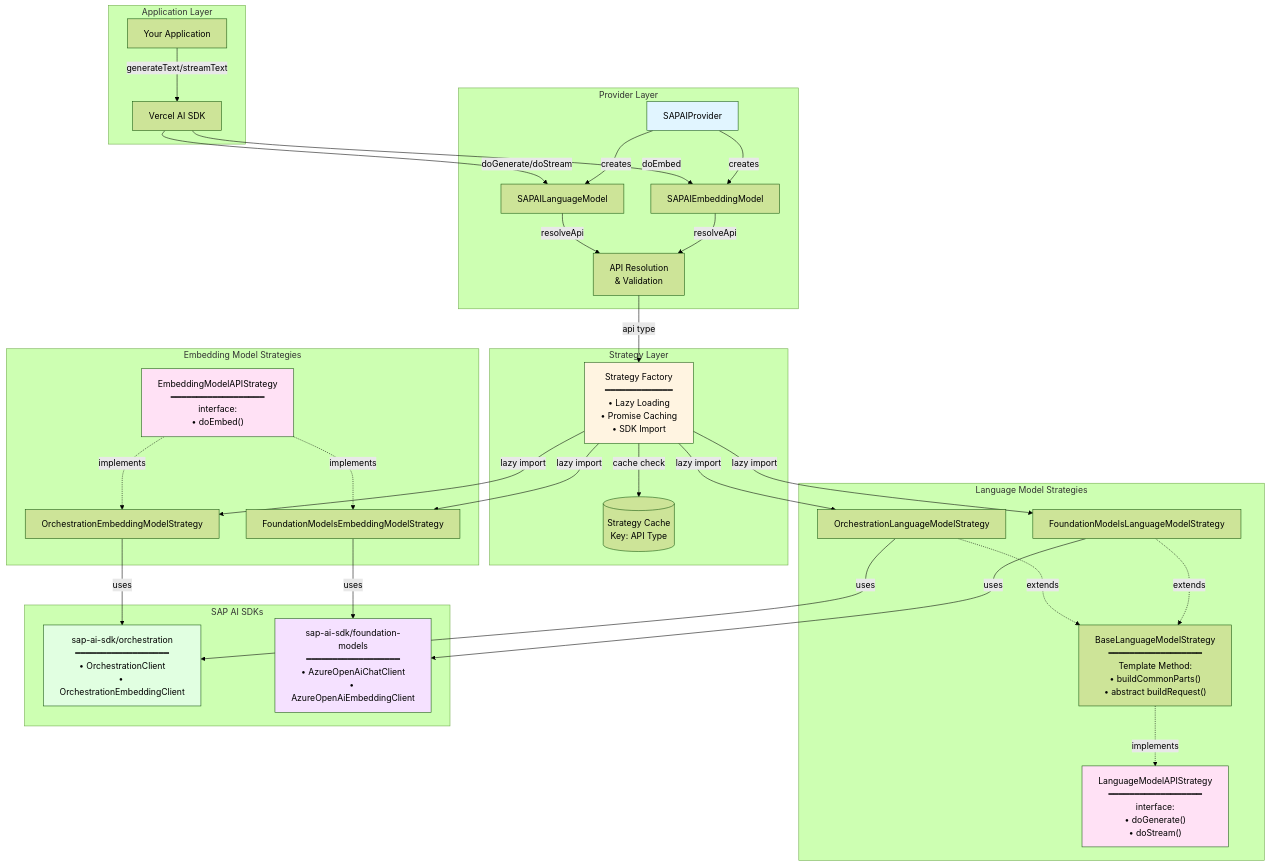
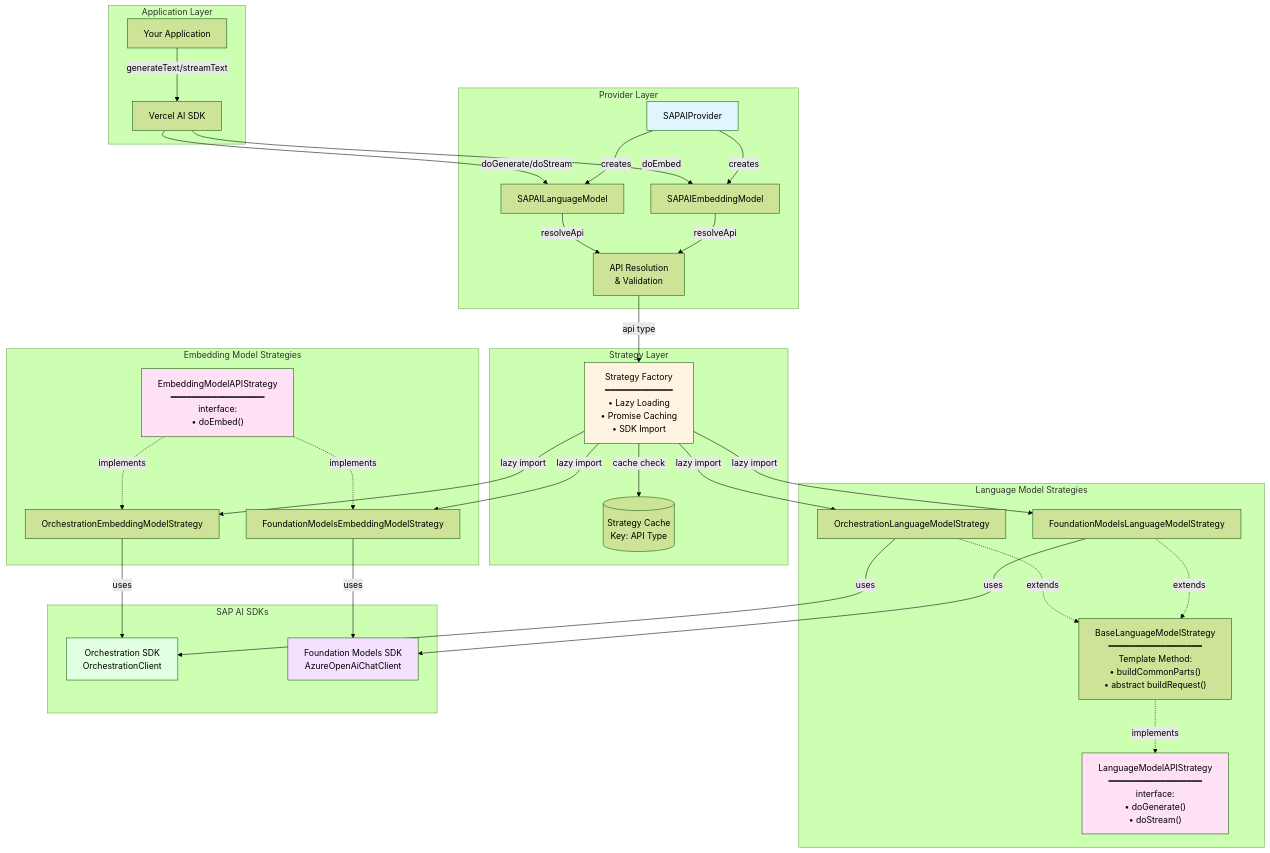
Before and after one commit to jerome-benoit/sap-ai-provider: the ninth of 11 diagrams in ARCHITECTURE.md, drawn with Mermaid (forest theme).

Commit message:
fix: simplify SDK labels for GitHub Mermaid compatibility

````diff
--- a/ARCHITECTURE.md
+++ b/ARCHITECTURE.md
@@ -1045,72 +1045,72 @@
 ```mermaid
 graph TB
     subgraph "Application Layer"
         App[Your Application]
         SDK[Vercel AI SDK]
     end
 
     subgraph "Provider Layer"
         Provider[SAPAIProvider]
         LM[SAPAILanguageModel]
         EM[SAPAIEmbeddingModel]
         Validation[API Resolution<br/>& Validation]
     end
 
     subgraph "Strategy Layer"
         Factory[Strategy Factory<br/>━━━━━━━━━━━━━<br/>• Lazy Loading<br/>• Promise Caching<br/>• SDK Import]
         Cache[(Strategy Cache<br/>Key: API Type)]
     end
 
     subgraph "Language Model Strategies"
         LMStrategy[LanguageModelAPIStrategy<br/>━━━━━━━━━━━━━━━━━━<br/>interface:<br/>• doGenerate#40;#41;<br/>• doStream#40;#41;]
         BaseLM[BaseLanguageModelStrategy<br/>━━━━━━━━━━━━━━━━━━<br/>Template Method:<br/>• buildCommonParts#40;#41;<br/>• abstract buildRequest#40;#41;]
         OrchLM[OrchestrationLanguageModelStrategy]
         FMLM[FoundationModelsLanguageModelStrategy]
     end
 
     subgraph "Embedding Model Strategies"
         EMStrategy[EmbeddingModelAPIStrategy<br/>━━━━━━━━━━━━━━━━━━<br/>interface:<br/>• doEmbed#40;#41;]
         OrchEM[OrchestrationEmbeddingModelStrategy]
         FMEM[FoundationModelsEmbeddingModelStrategy]
     end
 
     subgraph "SAP AI SDKs"
-        OrchSDK["sap-ai-sdk/orchestration<br/>━━━━━━━━━━━━━━━━━━<br/>• OrchestrationClient<br/>• OrchestrationEmbeddingClient"]
-        FMSDK["sap-ai-sdk/foundation-models<br/>━━━━━━━━━━━━━━━━━━<br/>• AzureOpenAiChatClient<br/>• AzureOpenAiEmbeddingClient"]
+        OrchSDK[Orchestration SDK<br/>OrchestrationClient]
+        FMSDK[Foundation Models SDK<br/>AzureOpenAiChatClient]
     end
 
     App -->|generateText/streamText| SDK
     SDK -->|doGenerate/doStream| LM
     SDK -->|doEmbed| EM
 
     Provider -->|creates| LM
     Provider -->|creates| EM
 
     LM -->|resolveApi| Validation
     EM -->|resolveApi| Validation
     Validation -->|api type| Factory
 
     Factory -->|cache check| Cache
     Factory -->|lazy import| OrchLM
     Factory -->|lazy import| FMLM
     Factory -->|lazy import| OrchEM
     Factory -->|lazy import| FMEM
 
     BaseLM -.->|implements| LMStrategy
     OrchLM -.->|extends| BaseLM
     FMLM -.->|extends| BaseLM
     EMStrategy -.->|implements| OrchEM
     EMStrategy -.->|implements| FMEM
 
     OrchLM -->|uses| OrchSDK
     OrchEM -->|uses| OrchSDK
     FMLM -->|uses| FMSDK
     FMEM -->|uses| FMSDK
 
     style Provider fill:#e1f5ff
     style Factory fill:#fff4e1
     style LMStrategy fill:#ffe1f5
     style EMStrategy fill:#ffe1f5
     style OrchSDK fill:#e1ffe1
     style FMSDK fill:#f5e1ff
 ```
````
